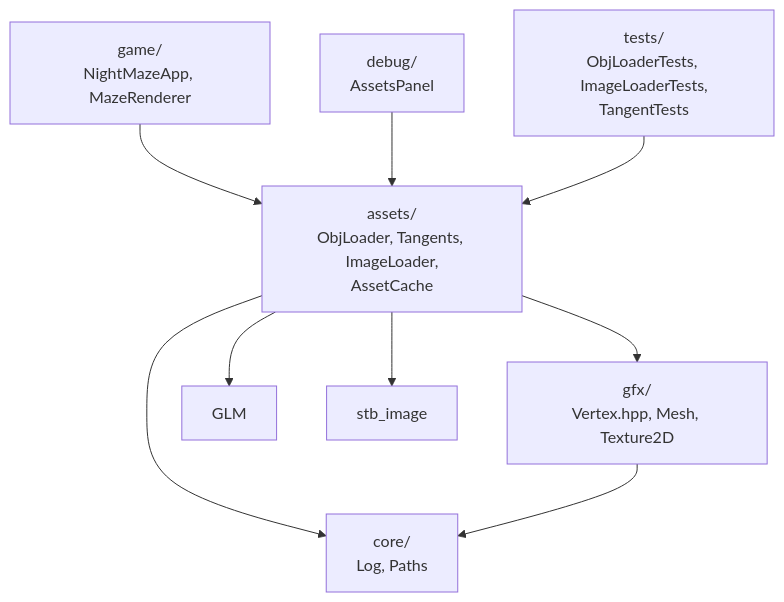
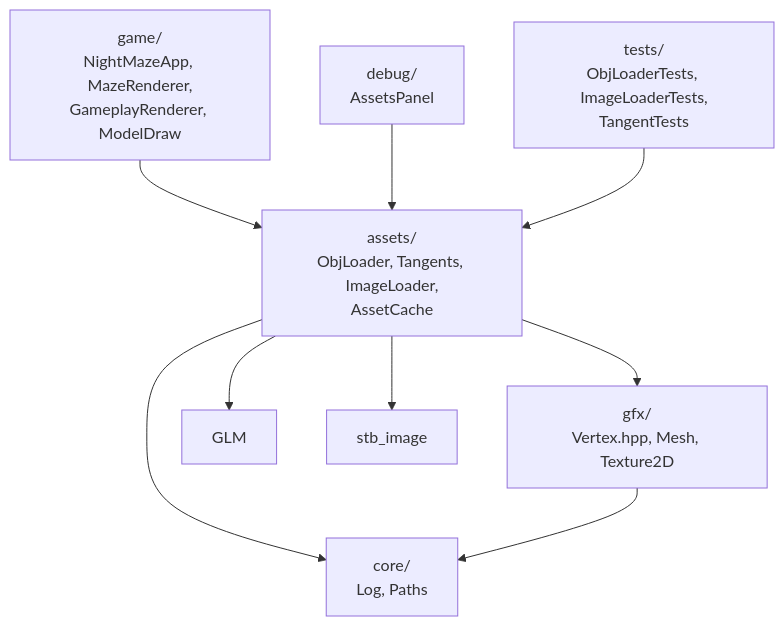
Before and after one commit to Shironex/night-maze: the second of 2 diagrams in docs/modules/assets/README.md, drawn with Mermaid. The commit also changed other lines of this file and 19 other files, not shown here.

````diff
--- a/docs/modules/assets/README.md
+++ b/docs/modules/assets/README.md
@@ -81,11 +83,11 @@
 ```mermaid
 flowchart TD
-    Game["game/<br/>NightMazeApp, MazeRenderer"] --> Assets
+    Game["game/<br/>NightMazeApp, MazeRenderer,<br/>GameplayRenderer, ModelDraw"] --> Assets
     Debug["debug/<br/>AssetsPanel"] --> Assets
     Tests["tests/<br/>ObjLoaderTests, ImageLoaderTests,<br/>TangentTests"] --> Assets
     Assets["assets/<br/>ObjLoader, Tangents, ImageLoader,<br/>AssetCache"] --> Gfx["gfx/<br/>Vertex.hpp, Mesh, Texture2D"]
     Assets --> Core["core/<br/>Log, Paths"]
     Assets --> Glm["GLM"]
     Assets --> Stb["stb_image"]
     Gfx --> Core
 ```
````
